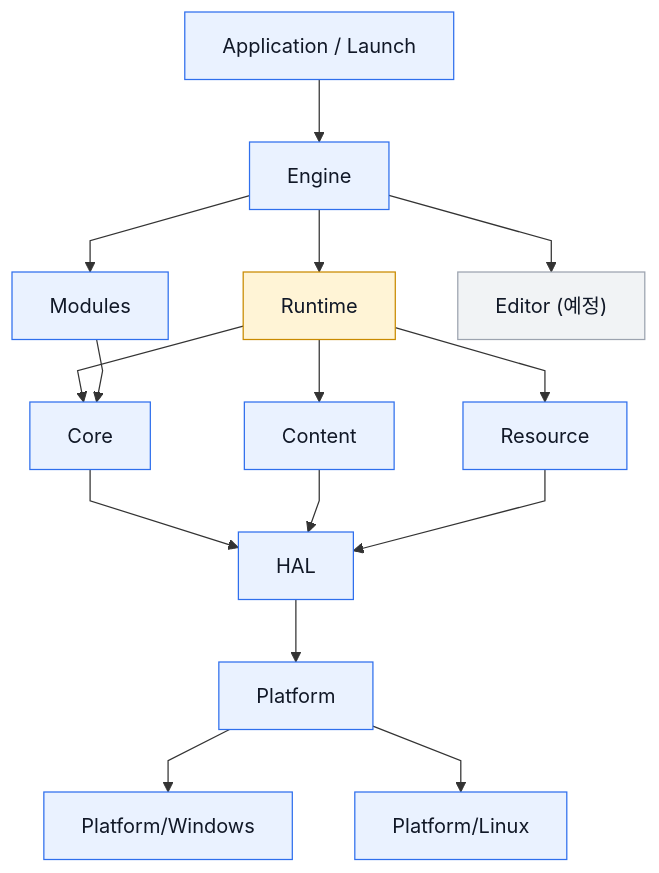
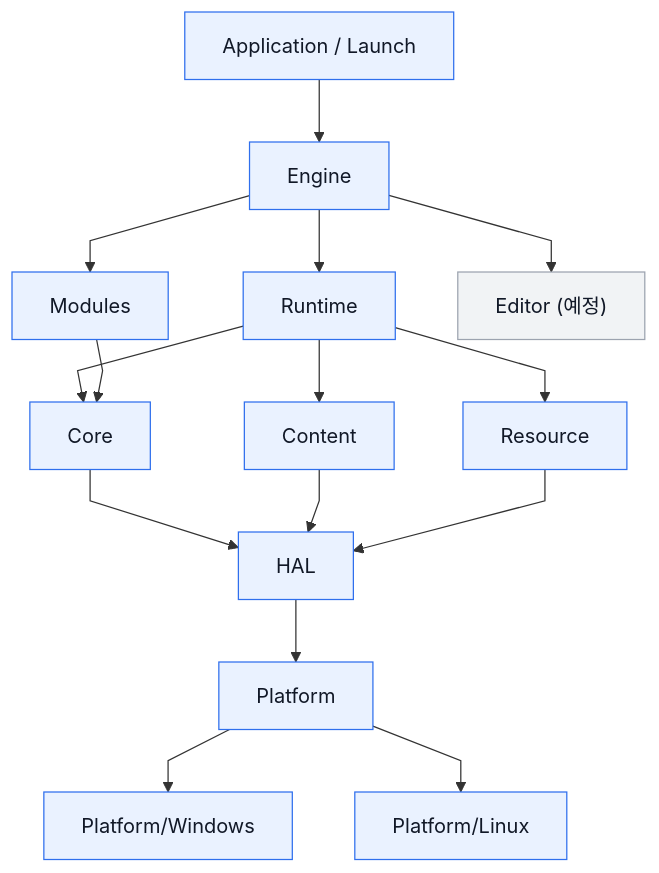
Before and after one commit to cyphen156/CyphenEngine: the first of 4 diagrams in Docs/Architecture.md, drawn with Mermaid. The commit also changed other lines of this file and 20 other files, not shown here.

````diff
--- a/Docs/Architecture.md
+++ b/Docs/Architecture.md
@@ -13,25 +13,25 @@
 ```mermaid
 %%{init: {'flowchart': {'curve': 'linear'}}}%%
 flowchart TB
     Launch["Application / Launch"] --> Engine["Engine"]
     Engine --> Runtime["Runtime"]
     Engine --> Modules["Modules"]
     Engine --> Editor["Editor (예정)"]
     Runtime --> Core["Core"]
     Runtime --> Content["Content"]
     Runtime --> Resource["Resource"]
     Modules --> Core
     Core --> HAL["HAL"]
     Content --> HAL
     Resource --> HAL
     HAL --> Platform["Platform"]
     Platform --> Windows["Platform/Windows"]
     Platform --> Linux["Platform/Linux"]
 
     classDef current fill:#eaf2ff,stroke:#2f6fed,color:#111827;
     classDef next fill:#fff4d6,stroke:#c98a00,color:#111827;
     classDef future fill:#f1f3f5,stroke:#9ca3af,color:#111827;
     class Launch,Engine,Modules,Core,Content,Resource,HAL,Platform,Windows,Linux current;
-    class Runtime next;
+    class Runtime current;
     class Editor future;
 ```
````
